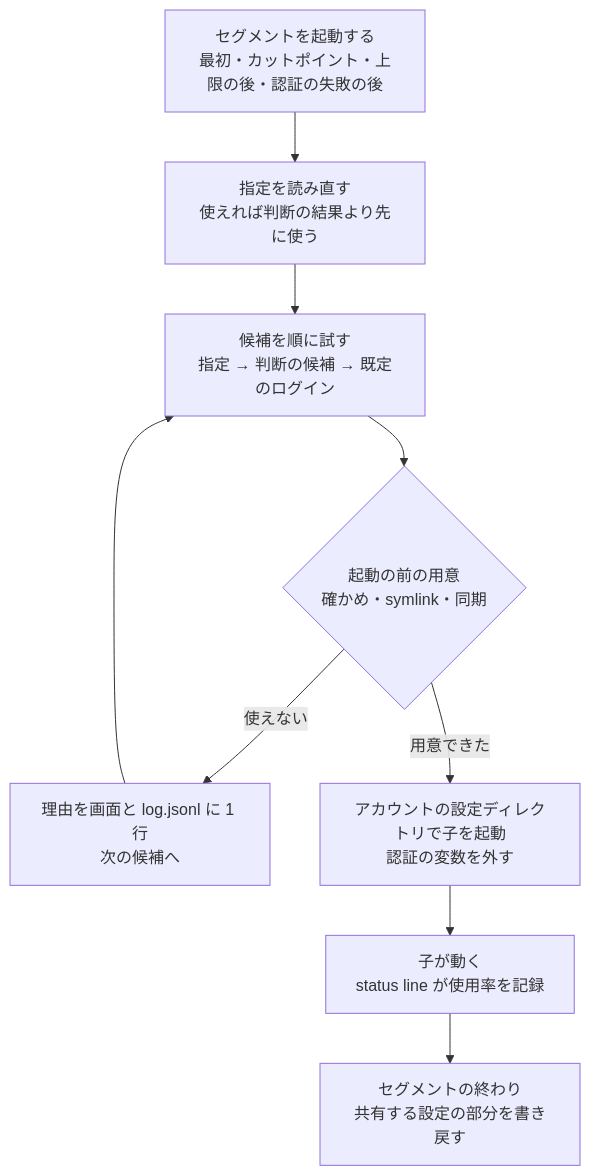
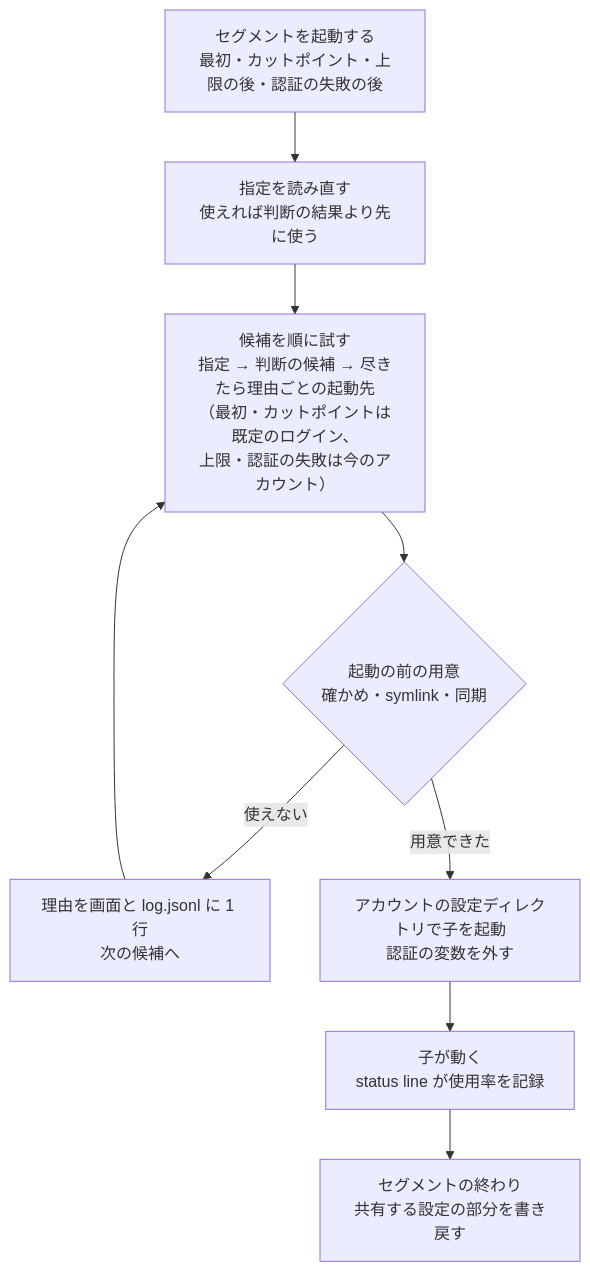
The second of 5 diagrams in issues/issue-3604-3864-design.md (devbasex/ai-plugins), drawn with Mermaid before and after one commit. The commit also changed other lines of this file and 3 other files, not shown here.

````diff
--- a/issues/issue-3604-3864-design.md
+++ b/issues/issue-3604-3864-design.md
@@ -50,11 +50,11 @@
 ```mermaid
 flowchart TD
   T["セグメントを起動する<br/>最初・カットポイント・上限の後・認証の失敗の後"] --> P["指定を読み直す<br/>使えれば判断の結果より先に使う"]
-  P --> C["候補を順に試す<br/>指定 → 判断の候補 → 既定のログイン"]
+  P --> C["候補を順に試す<br/>指定 → 判断の候補 → 尽きたら理由ごとの起動先<br/>（最初・カットポイントは既定のログイン、<br/>上限・認証の失敗は今のアカウント）"]
   C --> PR{"起動の前の用意<br/>確かめ・symlink・同期"}
   PR -- "使えない" --> LOG["理由を画面と log.jsonl に 1 行<br/>次の候補へ"]
   LOG --> C
   PR -- "用意できた" --> E["アカウントの設定ディレクトリで子を起動<br/>認証の変数を外す"]
   E --> RUN["子が動く<br/>status line が使用率を記録"]
   RUN --> END["セグメントの終わり<br/>共有する設定の部分を書き戻す"]
 ```
````
